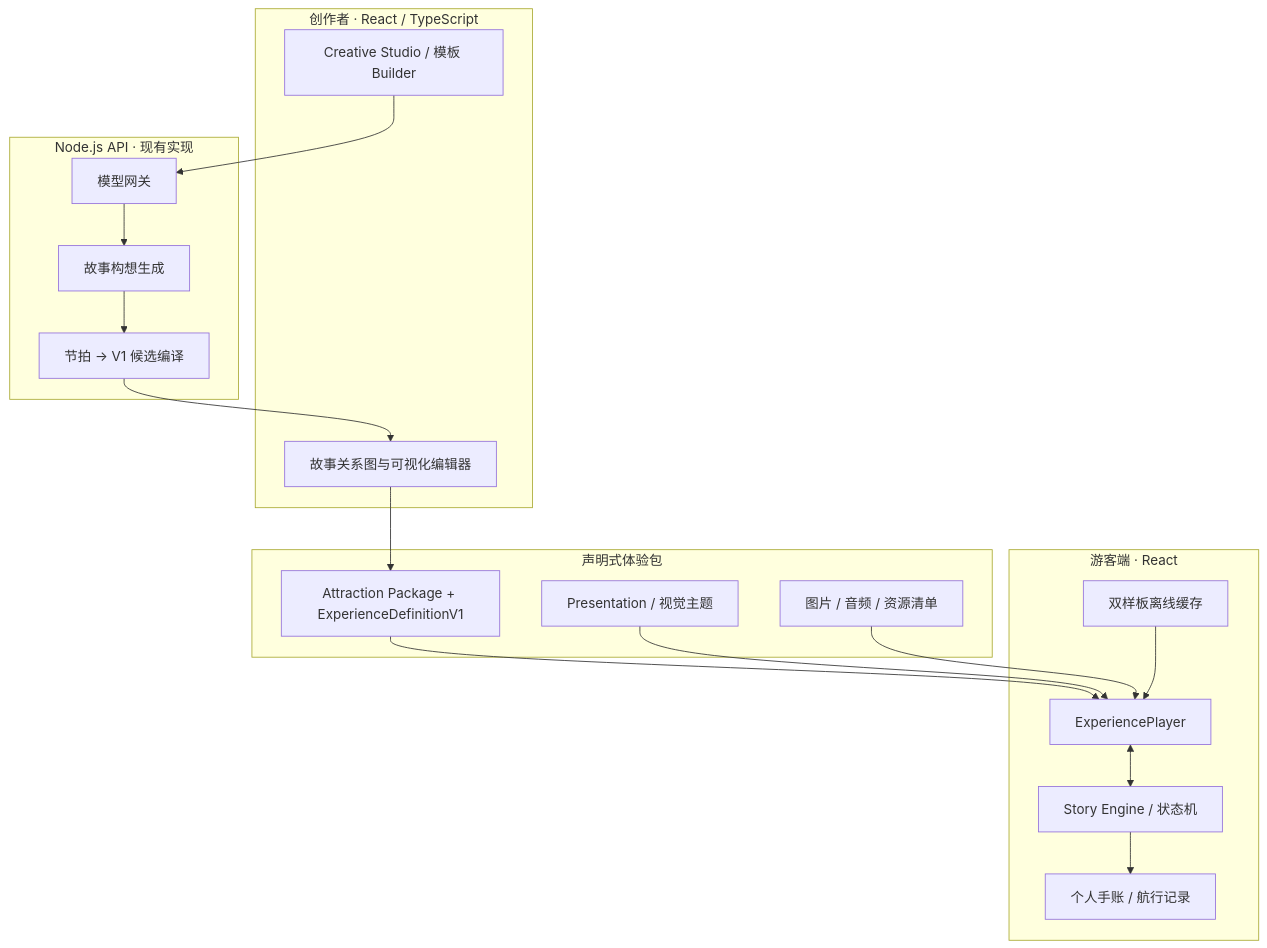
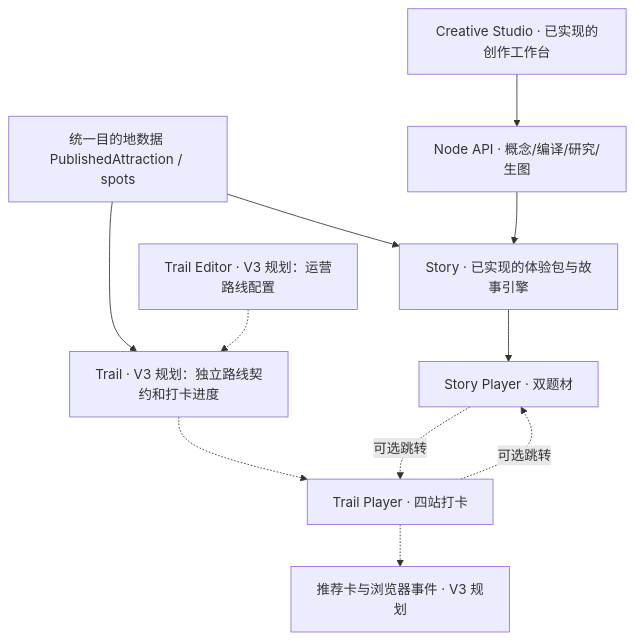
Before and after one commit to melxy1997/hackathon-trip-guide: the second of 2 diagrams in README.md, drawn with Mermaid. The commit also changed other lines of this file, not shown here.

Commit message:
docs: position Timewalker V3 Story and Trail modes and index project docs

````diff
--- a/README.md
+++ b/README.md
@@ -142,33 +177,21 @@
 ```mermaid
 flowchart TB
-    subgraph Author["创作者 · React / TypeScript"]
-      CS["Creative Studio / 模板 Builder"]
-      ED["故事关系图与可视化编辑器"]
-    end
-    subgraph Backend["Node.js API · 现有实现"]
-      API["模型网关"]
-      CON["故事构想生成"]
-      CMP["节拍 → V1 候选编译"]
-    end
-    subgraph Content["声明式体验包"]
-      PKG["Attraction Package + ExperienceDefinitionV1"]
-      PRE["Presentation / 视觉主题"]
-      ASSET["图片 / 音频 / 资源清单"]
-    end
-    subgraph Visitor["游客端 · React"]
-      PLAYER["ExperiencePlayer"]
-      ENGINE["Story Engine / 状态机"]
-      RECORD["个人手账 / 航行记录"]
-      OFF["双样板离线缓存"]
-    end
-    CS --> API
-    API --> CON --> CMP
-    CMP --> ED
-    ED --> PKG
-    PKG --> PLAYER
-    PRE --> PLAYER
-    ASSET --> PLAYER
-    PLAYER <--> ENGINE
-    ENGINE --> RECORD
-    OFF --> PLAYER
+  BASE["统一目的地数据 PublishedAttraction / spots"]
+  STORY["Story · 已实现的体验包与故事引擎"]
+  TRAIL["Trail · V3 规划：独立路线契约和打卡进度"]
+  CS["Creative Studio · 已实现的创作工作台"]
+  TE["Trail Editor · V3 规划：运营路线配置"]
+  API["Node API · 概念/编译/研究/生图"]
+  P["Story Player · 双题材"]
+  T["Trail Player · 四站打卡"]
+  C["推荐卡与浏览器事件 · V3 规划"]
+  BASE --> STORY
+  BASE --> TRAIL
+  CS --> API --> STORY
+  TE -.-> TRAIL
+  STORY --> P
+  TRAIL -.-> T
+  T -.-> C
+  P -.->|"可选跳转"| T
+  T -.->|"可选跳转"| P
 ```
````
